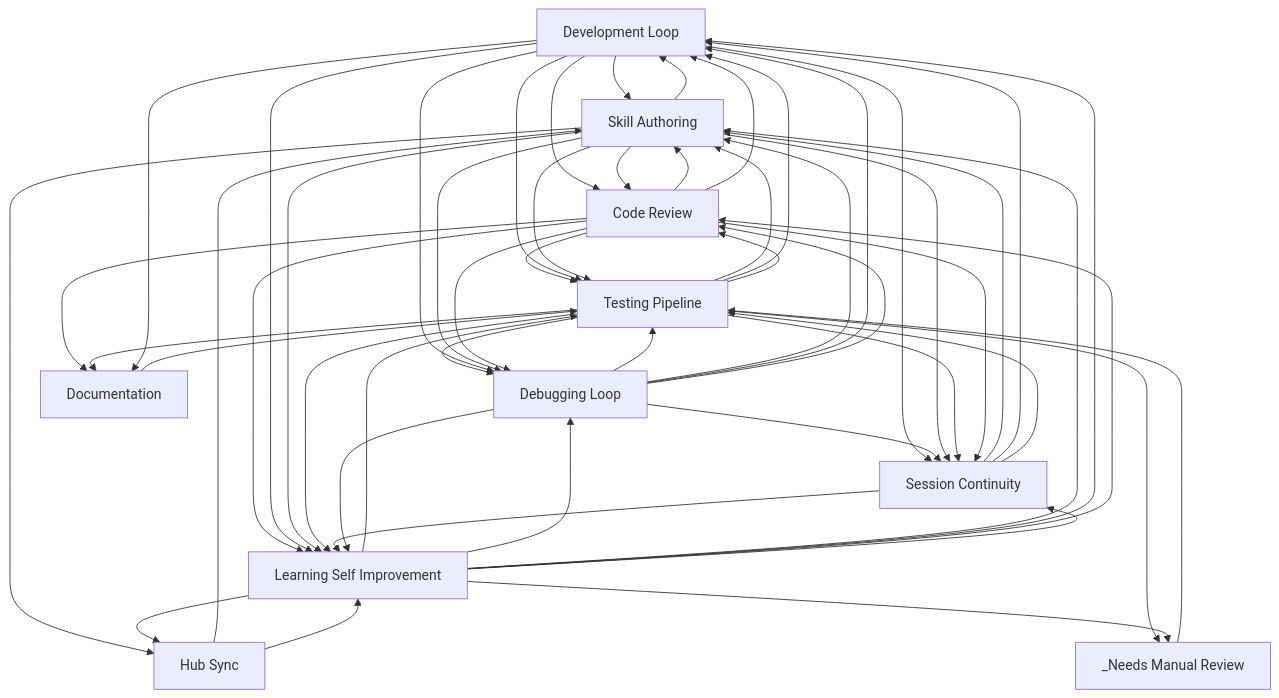
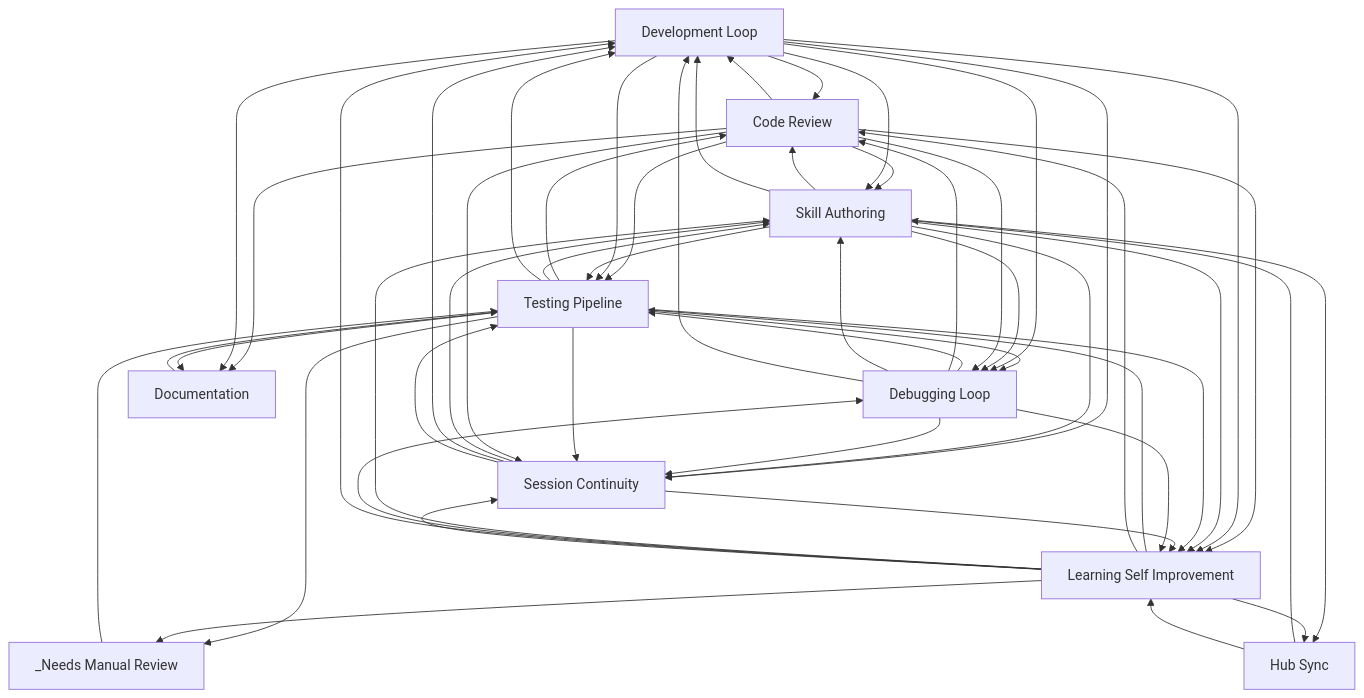
One commit to abhayla/claude-best-practices changed the diagram in docs/workflows/INDEX.md. Above: the diagram before and after it, drawn with Mermaid. The commit also changed other lines of this file and 12 other files, not shown here.

````diff
--- a/docs/workflows/INDEX.md
+++ b/docs/workflows/INDEX.md
@@ -22,64 +22,64 @@
 ```mermaid
 graph TD
     development_loop[Development Loop]
     testing_pipeline[Testing Pipeline]
     debugging_loop[Debugging Loop]
     learning_self_improvement[Learning Self Improvement]
     session_continuity[Session Continuity]
     skill_authoring[Skill Authoring]
     code_review[Code Review]
     documentation[Documentation]
     hub_sync[Hub Sync]
     _needs_manual_review[_Needs Manual Review]
     documentation --> testing_pipeline
     code_review --> skill_authoring
     code_review --> development_loop
+    development_loop --> code_review
     development_loop --> skill_authoring
-    development_loop --> code_review
     code_review --> testing_pipeline
     code_review --> learning_self_improvement
     development_loop --> testing_pipeline
     development_loop --> learning_self_improvement
+    testing_pipeline --> code_review
+    testing_pipeline --> skill_authoring
     testing_pipeline --> debugging_loop
-    testing_pipeline --> skill_authoring
     testing_pipeline --> development_loop
-    testing_pipeline --> code_review
     debugging_loop --> testing_pipeline
+    debugging_loop --> code_review
     debugging_loop --> skill_authoring
     debugging_loop --> development_loop
-    debugging_loop --> code_review
     development_loop --> debugging_loop
     skill_authoring --> code_review
     skill_authoring --> development_loop
     skill_authoring --> testing_pipeline
     skill_authoring --> learning_self_improvement
     code_review --> documentation
+    development_loop --> documentation
     testing_pipeline --> documentation
-    development_loop --> documentation
     development_loop --> session_continuity
     testing_pipeline --> _needs_manual_review
+    skill_authoring --> session_continuity
     debugging_loop --> session_continuity
-    skill_authoring --> session_continuity
     testing_pipeline --> session_continuity
     skill_authoring --> debugging_loop
     learning_self_improvement --> testing_pipeline
+    learning_self_improvement --> code_review
+    learning_self_improvement --> skill_authoring
     learning_self_improvement --> debugging_loop
-    learning_self_improvement --> skill_authoring
     learning_self_improvement --> development_loop
-    learning_self_improvement --> code_review
     code_review --> debugging_loop
     testing_pipeline --> learning_self_improvement
+    learning_self_improvement --> session_continuity
     code_review --> session_continuity
-    learning_self_improvement --> session_continuity
     session_continuity --> skill_authoring
     session_continuity --> learning_self_improvement
     session_continuity --> development_loop
     session_continuity --> testing_pipeline
     _needs_manual_review --> testing_pipeline
     skill_authoring --> hub_sync
     debugging_loop --> learning_self_improvement
     learning_self_improvement --> hub_sync
     learning_self_improvement --> _needs_manual_review
     hub_sync --> skill_authoring
     hub_sync --> learning_self_improvement
 ```
````
